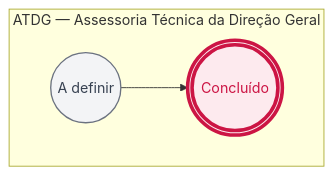
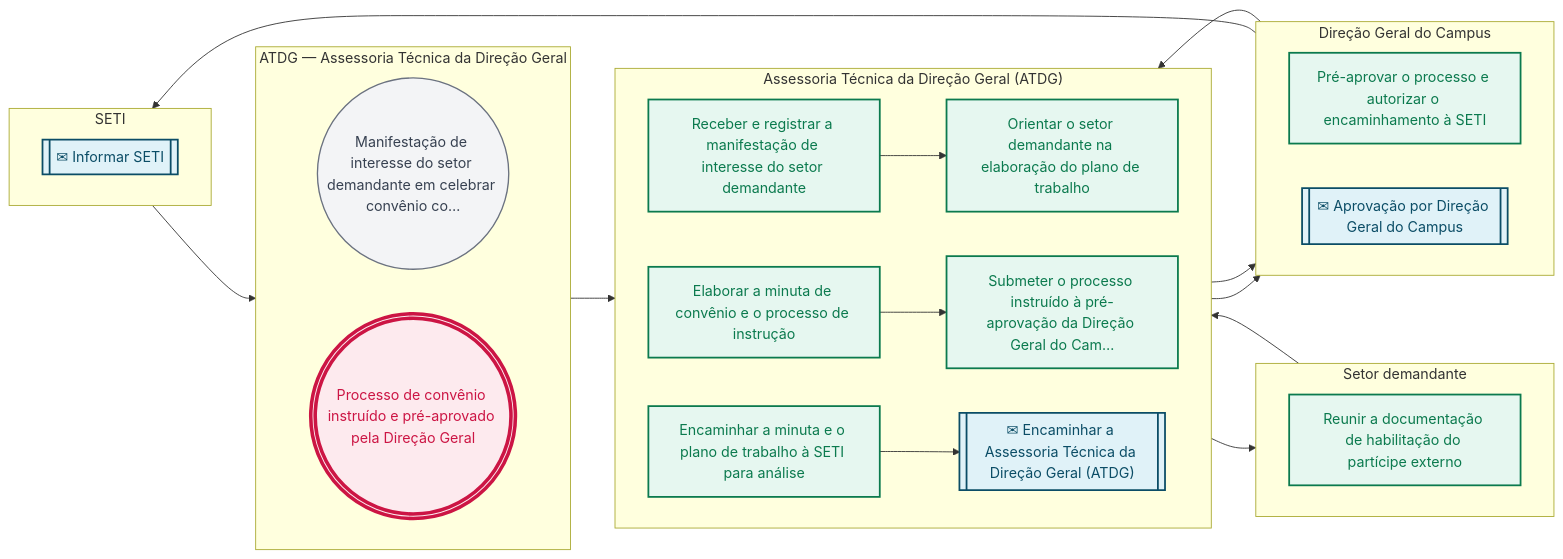
Before and after one commit to jessefers/canvas-vivo-atdg: the second of 2 diagrams in pops/CON/CON-01.md, drawn with Mermaid. The commit also changed other lines of this file and 61 other files, not shown here.

````diff
--- a/pops/CON/CON-01.md
+++ b/pops/CON/CON-01.md
@@ -113,17 +155,51 @@
 ```mermaid
 flowchart LR
   subgraph R1["ATDG — Assessoria Técnica da Direção Geral"]
     direction LR
-    e1(("A definir"))
-    e2((("Concluído")))
+    e1(("Manifestação de interesse do setor demandante em celebrar convênio co…"))
+    e12((("Processo de convênio instruído e pré-aprovado pela Direção Geral")))
+  end
+  subgraph R2["Assessoria Técnica da Direção Geral (ATDG)"]
+    direction LR
+    e2["Receber e registrar a manifestação de interesse do setor demandante"]
+    e3["Orientar o setor demandante na elaboração do plano de trabalho"]
+    e5["Elaborar a minuta de convênio e o processo de instrução"]
+    e6["Submeter o processo instruído à pré-aprovação da Direção Geral do Cam…"]
+    e8["Encaminhar a minuta e o plano de trabalho à SETI para análise"]
+    e9[["✉ Encaminhar a Assessoria Técnica da Direção Geral (ATDG)"]]
+  end
+  subgraph R3["Setor demandante"]
+    direction LR
+    e4["Reunir a documentação de habilitação do partícipe externo"]
+  end
+  subgraph R4["Direção Geral do Campus"]
+    direction LR
+    e7["Pré-aprovar o processo e autorizar o encaminhamento à SETI"]
+    e10[["✉ Aprovação por Direção Geral do Campus"]]
+  end
+  subgraph R5["SETI"]
+    direction LR
+    e11[["✉ Informar SETI"]]
   end
   e1 --> e2
+  e2 --> e3
+  e3 --> e4
+  e4 --> e5
+  e5 --> e6
+  e6 --> e7
+  e7 --> e8
+  e8 --> e9
+  e9 --> e10
+  e10 --> e11
+  e11 --> e12
   classDef inicio fill:#f3f4f6,stroke:#6b7280,stroke-width:1.5px,color:#374151
   classDef atividade fill:#E6F7F0,stroke:#0B7A4E,stroke-width:2px,color:#0B7A4E
   classDef decisao fill:#FFF4ED,stroke:#C9783A,stroke-width:2px,color:#C9783A
   classDef fim fill:#FDEAEE,stroke:#CC1544,stroke-width:4px,color:#CC1544
   classDef pausa fill:#FDEAEE,stroke:#CC1544,stroke-width:2px,color:#CC1544
   classDef captura fill:#E0F2F8,stroke:#0B4D66,stroke-width:2px,color:#0B4D66
   class e1 inicio
-  class e2 fim
+  class e2,e3,e4,e5,e6,e7,e8 atividade
+  class e9,e10,e11 captura
+  class e12 fim
 ```
````
